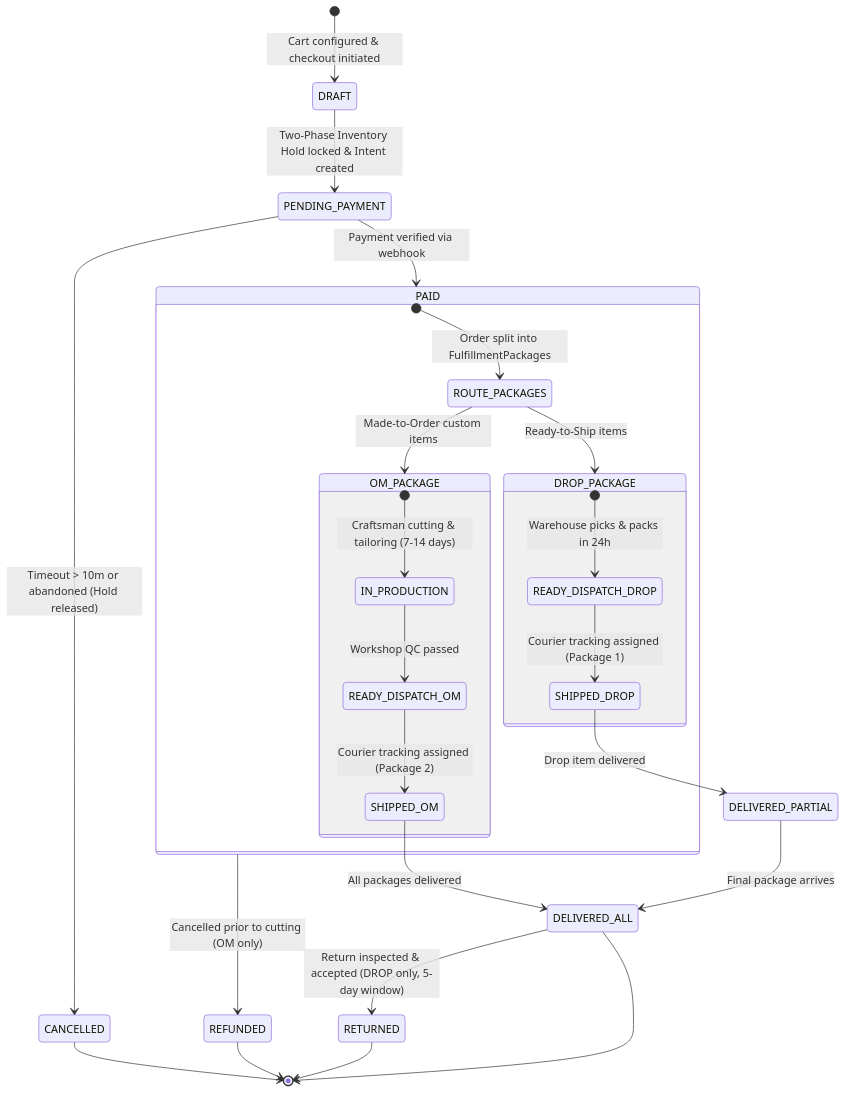
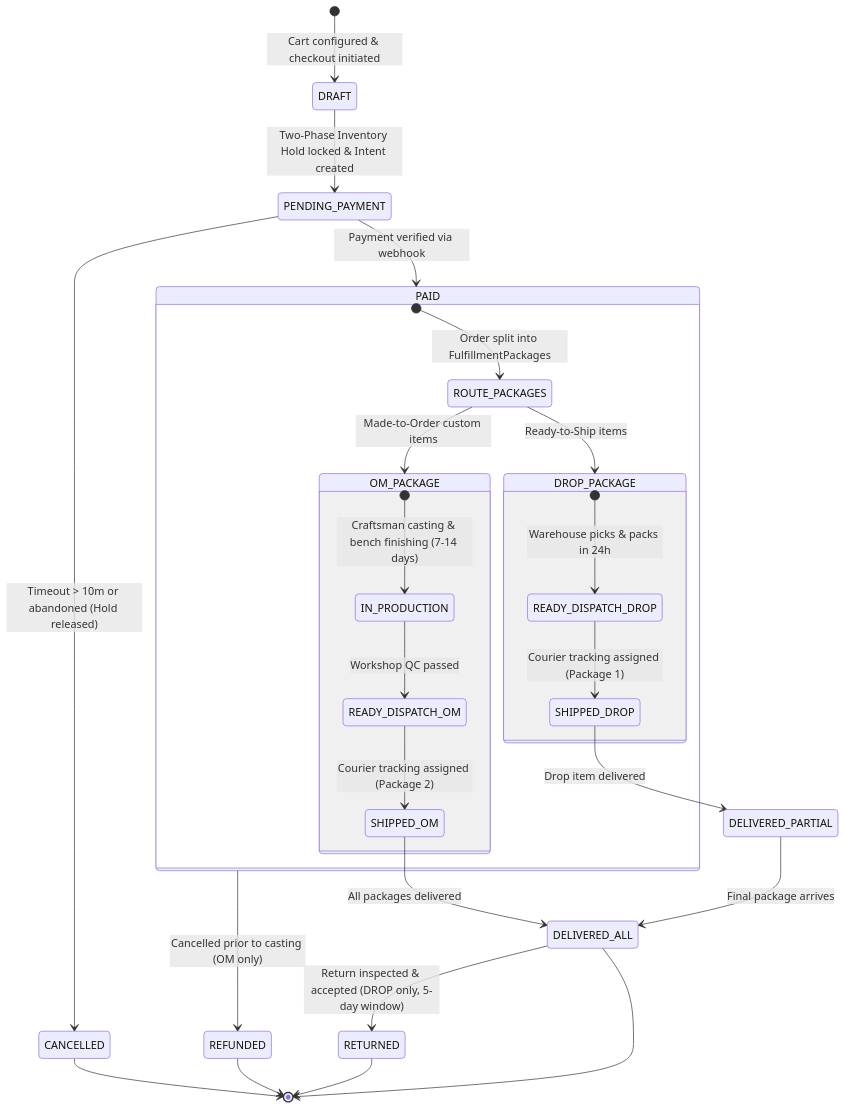
The first of 10 diagrams in docs/product/PRODUCT-CONTRACT.md (Sarthak2233/Jeanius), drawn with Mermaid before and after one commit. The commit also changed other lines of this file and 145 other files, not shown here.

````diff
--- a/docs/product/PRODUCT-CONTRACT.md
+++ b/docs/product/PRODUCT-CONTRACT.md
@@ -77,36 +75,36 @@
 ```mermaid
 stateDiagram-v2
     [*] --> DRAFT: Cart configured & checkout initiated
     DRAFT --> PENDING_PAYMENT: Two-Phase Inventory Hold locked & Intent created
     PENDING_PAYMENT --> PAID: Payment verified via webhook
     PENDING_PAYMENT --> CANCELLED: Timeout > 10m or abandoned (Hold released)
     
     state PAID {
         [*] --> ROUTE_PACKAGES: Order split into FulfillmentPackages
         ROUTE_PACKAGES --> DROP_PACKAGE: Ready-to-Ship items
         ROUTE_PACKAGES --> OM_PACKAGE: Made-to-Order custom items
         
         state DROP_PACKAGE {
             [*] --> READY_DISPATCH_DROP: Warehouse picks & packs in 24h
             READY_DISPATCH_DROP --> SHIPPED_DROP: Courier tracking assigned (Package 1)
         }
         
         state OM_PACKAGE {
-            [*] --> IN_PRODUCTION: Craftsman cutting & tailoring (7-14 days)
+            [*] --> IN_PRODUCTION: Craftsman casting & bench finishing (7-14 days)
             IN_PRODUCTION --> READY_DISPATCH_OM: Workshop QC passed
             READY_DISPATCH_OM --> SHIPPED_OM: Courier tracking assigned (Package 2)
         }
     }
     
     SHIPPED_DROP --> DELIVERED_PARTIAL: Drop item delivered
     SHIPPED_OM --> DELIVERED_ALL: All packages delivered
     DELIVERED_PARTIAL --> DELIVERED_ALL: Final package arrives
     
-    PAID --> REFUNDED: Cancelled prior to cutting (OM only)
+    PAID --> REFUNDED: Cancelled prior to casting (OM only)
     DELIVERED_ALL --> RETURNED: Return inspected & accepted (DROP only, 5-day window)
     
     CANCELLED --> [*]
     REFUNDED --> [*]
     RETURNED --> [*]
     DELIVERED_ALL --> [*]
 ```
````
